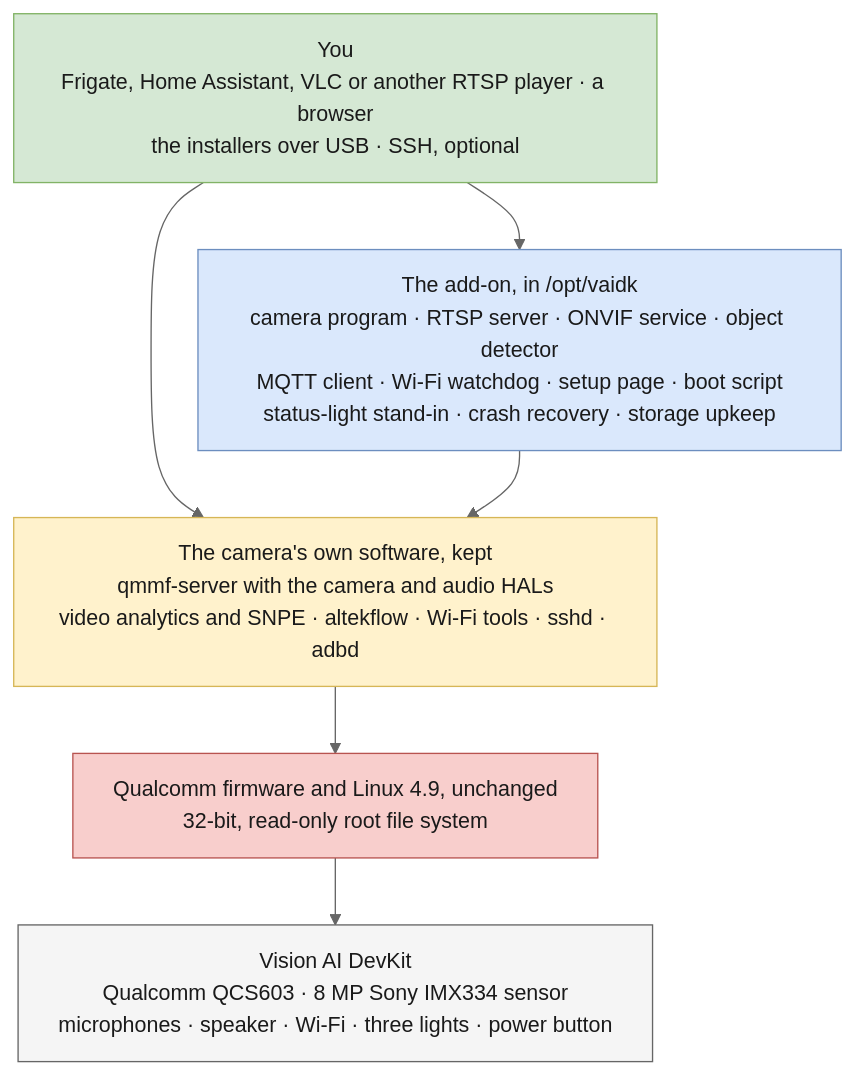
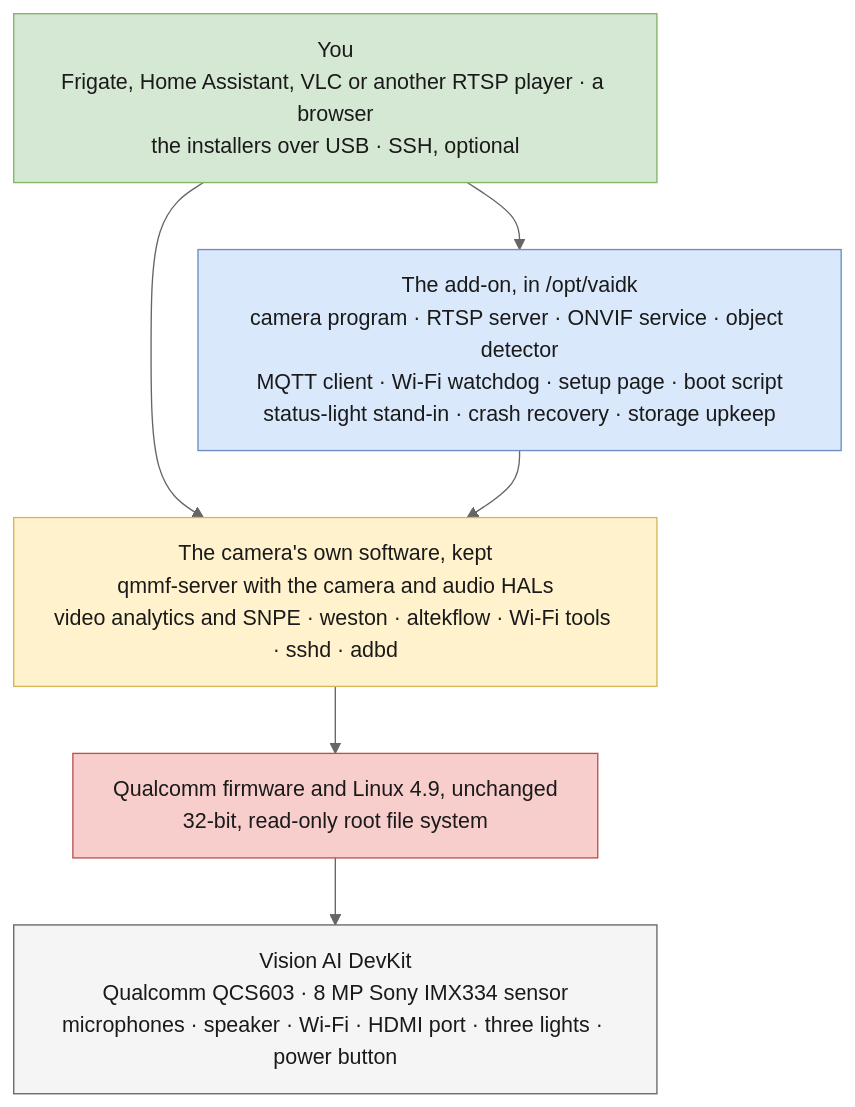
Before and after one commit to howardginsburg/VisionAIDevKitRTSP: the first of 11 diagrams in ARCHITECTURE.md, drawn with Mermaid (neutral theme). The commit also changed other lines of this file and 19 other files, not shown here.

````diff
--- a/ARCHITECTURE.md
+++ b/ARCHITECTURE.md
@@ -25,24 +25,24 @@
 ```mermaid
 %%{init: {"flowchart": {"wrappingWidth": 420}}}%%
 flowchart TB
     you["You<br/>Frigate, Home Assistant, VLC or another RTSP player · a browser<br/>the installers over USB · SSH, optional"]
     addon["The add-on, in /opt/vaidk<br/>camera program · RTSP server · ONVIF service · object detector<br/>MQTT client · Wi-Fi watchdog · setup page · boot script<br/>status-light stand-in · crash recovery · storage upkeep"]
-    vendor["The camera's own software, kept<br/>qmmf-server with the camera and audio HALs<br/>video analytics and SNPE · altekflow · Wi-Fi tools · sshd · adbd"]
+    vendor["The camera's own software, kept<br/>qmmf-server with the camera and audio HALs<br/>video analytics and SNPE · weston · altekflow · Wi-Fi tools · sshd · adbd"]
     fw["Qualcomm firmware and Linux 4.9, unchanged<br/>32-bit, read-only root file system"]
-    hw["Vision AI DevKit<br/>Qualcomm QCS603 · 8 MP Sony IMX334 sensor<br/>microphones · speaker · Wi-Fi · three lights · power button"]
+    hw["Vision AI DevKit<br/>Qualcomm QCS603 · 8 MP Sony IMX334 sensor<br/>microphones · speaker · Wi-Fi · HDMI port · three lights · power button"]
     you --> addon
     you --> vendor
     addon --> vendor
     vendor --> fw
     fw --> hw
     classDef use fill:#d5e8d4,stroke:#82b366,color:#1a1a1a
     classDef mod fill:#dae8fc,stroke:#6c8ebf,color:#1a1a1a
     classDef os fill:#fff2cc,stroke:#d6b656,color:#1a1a1a
     classDef locked fill:#f8cecc,stroke:#b85450,color:#1a1a1a
     classDef hard fill:#f5f5f5,stroke:#666666,color:#1a1a1a
     class you use
     class addon mod
     class vendor os
     class fw locked
     class hw hard
 ```
````
